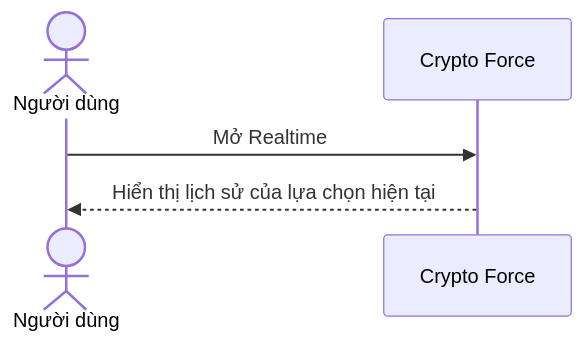
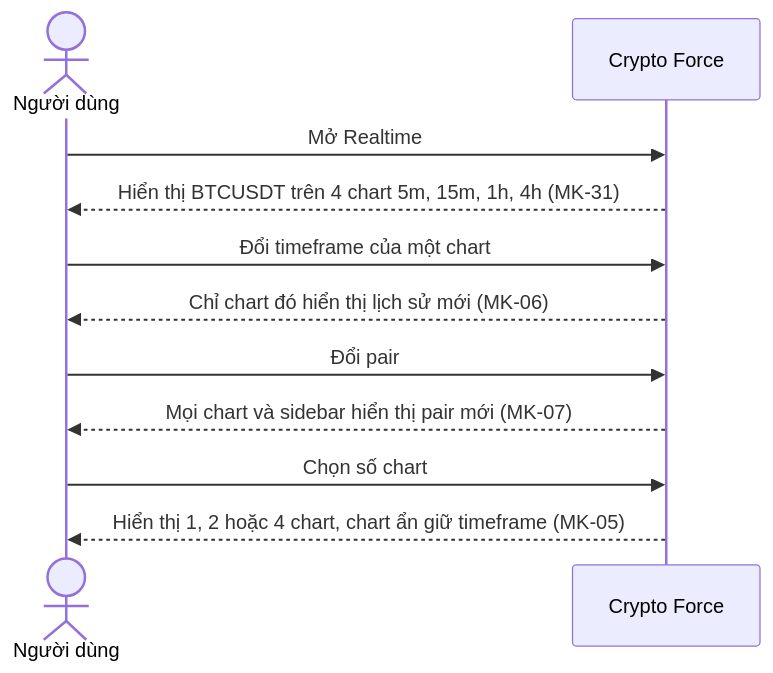
The second of 2 diagrams in docs/UCs/market-data.md (BuhDuy256/crypto-force), drawn with Mermaid before and after one commit. The commit also changed other lines of this file and 16 other files, not shown here.

````diff
--- a/docs/UCs/market-data.md
+++ b/docs/UCs/market-data.md
@@ -25,7 +27,13 @@
 ```mermaid
 sequenceDiagram
     actor U as Người dùng
     participant S as Crypto Force
     U->>S: Mở Realtime
-    S-->>U: Hiển thị lịch sử của lựa chọn hiện tại
+    S-->>U: Hiển thị BTCUSDT trên 4 chart 5m, 15m, 1h, 4h (MK-31)
+    U->>S: Đổi timeframe của một chart
+    S-->>U: Chỉ chart đó hiển thị lịch sử mới (MK-06)
+    U->>S: Đổi pair
+    S-->>U: Mọi chart và sidebar hiển thị pair mới (MK-07)
+    U->>S: Chọn số chart
+    S-->>U: Hiển thị 1, 2 hoặc 4 chart, chart ẩn giữ timeframe (MK-05)
 ```
````
